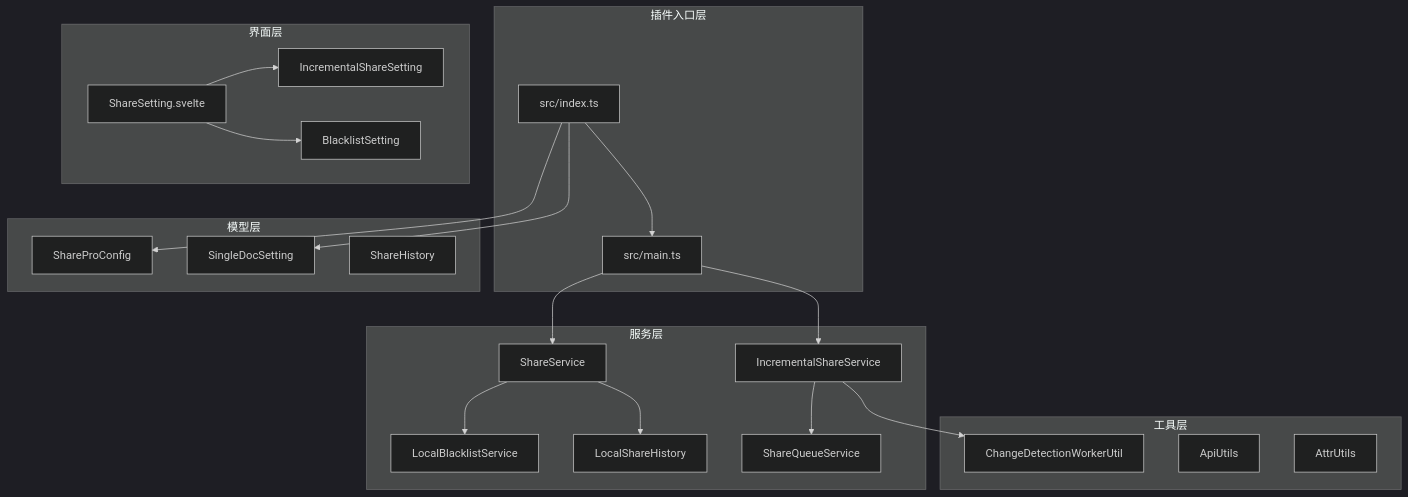
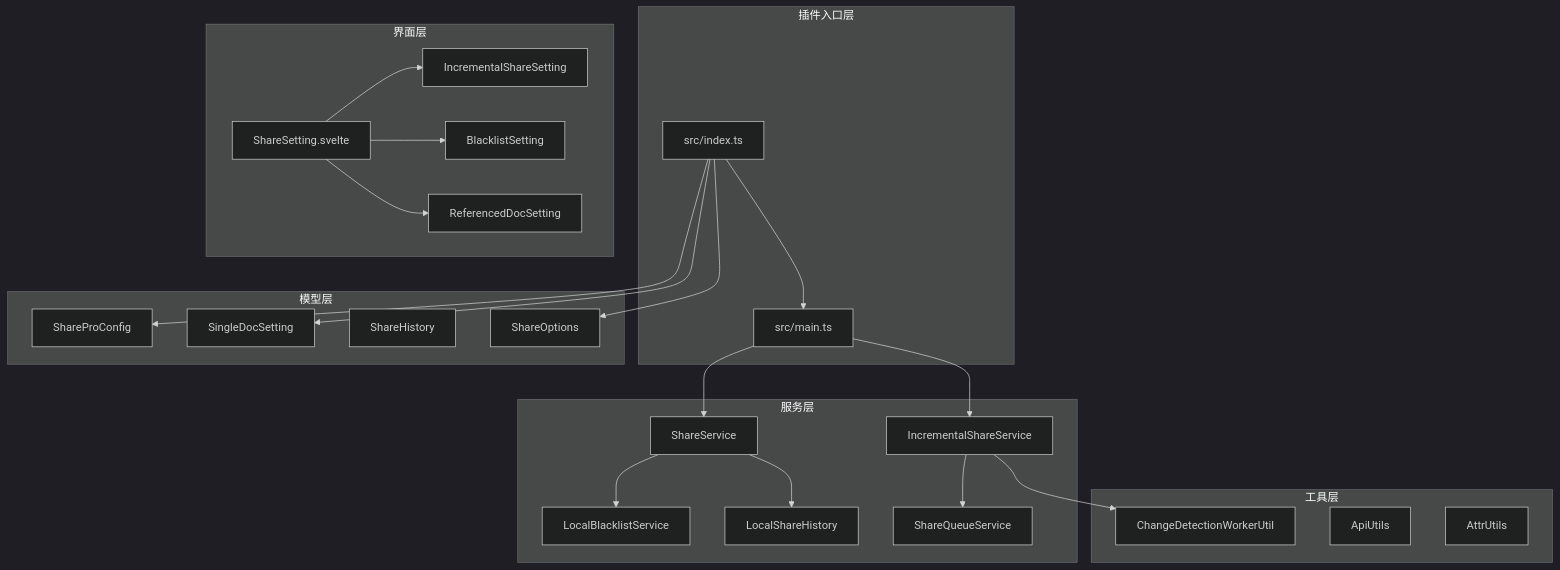
Before and after one commit to terwerinc/siyuan-plugin-share-pro: the first of 11 diagrams in .qoder/repowiki/zh/content/引用文档分享规范.md, drawn with Mermaid (dark theme). The commit also changed other lines of this file and 8 other files, not shown here.

````diff
--- a/.qoder/repowiki/zh/content/引用文档分享规范.md
+++ b/.qoder/repowiki/zh/content/引用文档分享规范.md
@@ -44,40 +60,44 @@
 ```mermaid
 graph TB
 subgraph "插件入口层"
 A[src/index.ts]
 B[src/main.ts]
 end
 subgraph "服务层"
 C[ShareService]
 D[IncrementalShareService]
 E[LocalBlacklistService]
 F[LocalShareHistory]
 G[ShareQueueService]
 end
 subgraph "工具层"
 H[ChangeDetectionWorkerUtil]
 I[ApiUtils]
 J[AttrUtils]
 end
 subgraph "模型层"
 K[ShareProConfig]
 L[SingleDocSetting]
 M[ShareHistory]
+N[ShareOptions]
 end
 subgraph "界面层"
-N[ShareSetting.svelte]
-O[IncrementalShareSetting]
-P[BlacklistSetting]
+O[ShareSetting.svelte]
+P[IncrementalShareSetting]
+Q[BlacklistSetting]
+R[ReferencedDocSetting]
 end
 A --> B
 B --> C
 B --> D
 C --> E
 C --> F
 D --> G
 D --> H
 A --> K
 A --> L
-N --> O
-N --> P
+A --> N
+O --> P
+O --> Q
+O --> R
 ```
````
